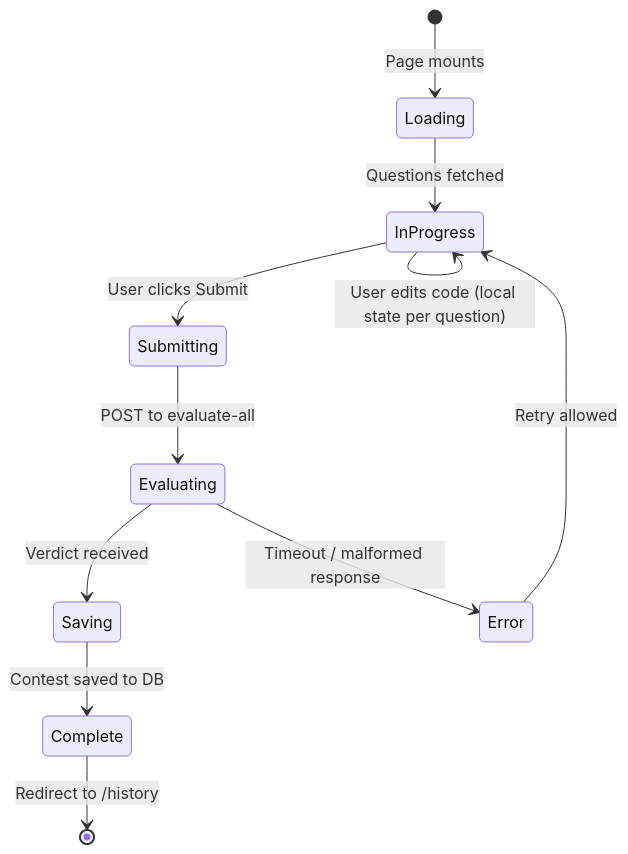
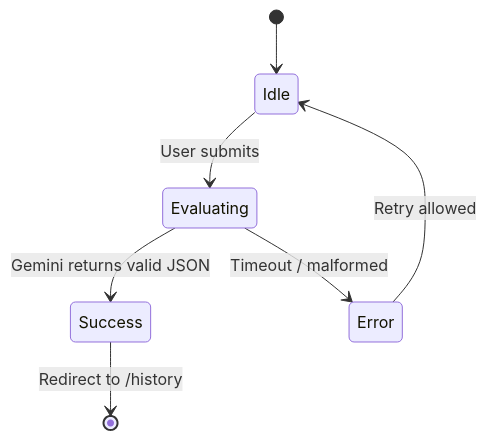
One commit to DevSars24/codeify changed the ninth of 10 diagrams in README.md. Above: the diagram before and after it, drawn with Mermaid. The commit also changed other lines of this file, not shown here.

````diff
--- a/README.md
+++ b/README.md
@@ -475,13 +334,9 @@
 ```mermaid
 stateDiagram-v2
-    [*] --> Loading: Page mounts
-    Loading --> InProgress: Questions fetched
-    InProgress --> InProgress: User edits code (local state per question)
-    InProgress --> Submitting: User clicks Submit
-    Submitting --> Evaluating: POST to evaluate-all
-    Evaluating --> Saving: Verdict received
-    Saving --> Complete: Contest saved to DB
-    Complete --> [*]: Redirect to /history
-    Evaluating --> Error: Timeout / malformed response
-    Error --> InProgress: Retry allowed
+    [*] --> Idle
+    Idle --> Evaluating: User submits
+    Evaluating --> Success: Gemini returns valid JSON
+    Evaluating --> Error: Timeout / malformed
+    Success --> [*]: Redirect to /history
+    Error --> Idle: Retry allowed
 ```
````
